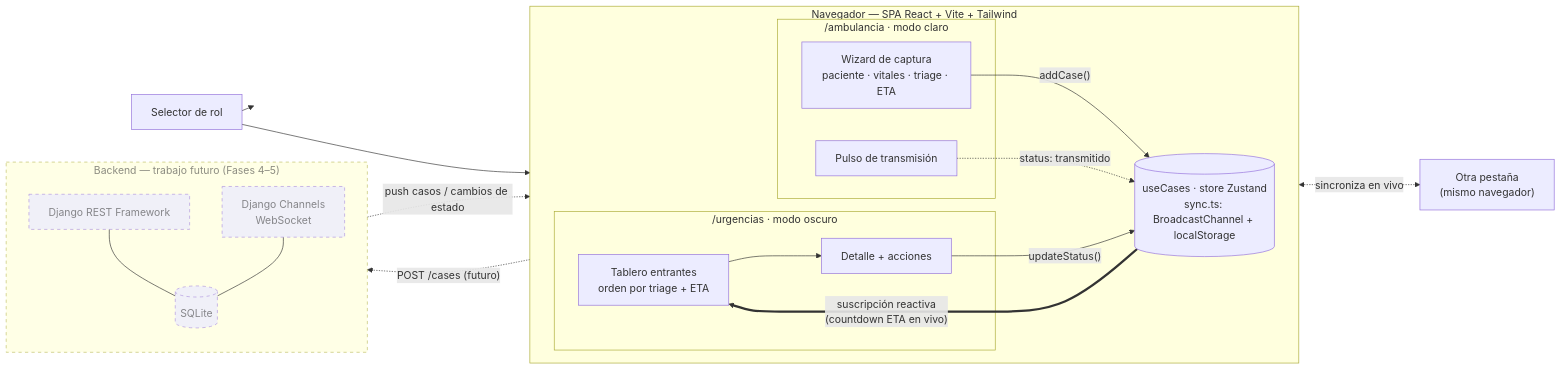
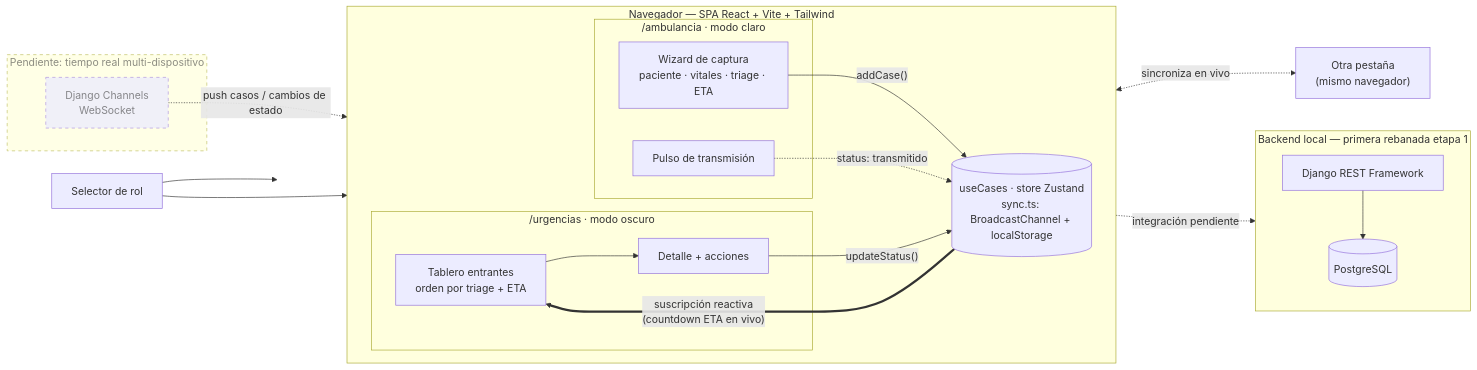
The first of 3 diagrams in README.md (pasaldo/ambusync), drawn with Mermaid before and after one commit. The commit also changed other lines of this file and 81 other files, not shown here.

````diff
--- a/README.md
+++ b/README.md
@@ -126,43 +132,45 @@
 ```mermaid
 flowchart LR
     RS["Selector de rol"]
 
     subgraph Browser["Navegador — SPA React + Vite + Tailwind"]
         direction LR
         subgraph Amb["/ambulancia · modo claro"]
             W["Wizard de captura<br/>paciente · vitales · triage · ETA"]
             T["Pulso de transmisión"]
         end
         Store[("useCases · store Zustand<br/>sync.ts: BroadcastChannel + localStorage")]
         subgraph ER["/urgencias · modo oscuro"]
             B["Tablero entrantes<br/>orden por triage + ETA"]
             D["Detalle + acciones"]
         end
     end
 
     Tab2["Otra pestaña<br/>(mismo navegador)"]
 
     RS --> Amb
     RS --> ER
     W -->|"addCase()"| Store
     T -.->|"status: transmitido"| Store
     Store ==>|"suscripción reactiva<br/>(countdown ETA en vivo)"| B
     B --> D
     D -->|"updateStatus()"| Store
     Store <-.->|"sincroniza en vivo"| Tab2
 
-    subgraph Future["Backend — trabajo futuro (Fases 4–5)"]
+    subgraph Backend["Backend local — primera rebanada etapa 1"]
         direction TB
         API["Django REST Framework"]
-        WS["Django Channels<br/>WebSocket"]
-        DB[("SQLite")]
-        API --- DB
-        WS --- DB
+        DB[("PostgreSQL")]
+        API --> DB
     end
 
-    Store -.->|"POST /cases (futuro)"| API
+    subgraph Future["Pendiente: tiempo real multi-dispositivo"]
+        WS["Django Channels<br/>WebSocket"]
+    end
+
+    Store -.->|"integración pendiente"| API
     WS -.->|"push casos / cambios de estado"| Store
 
     classDef future stroke-dasharray:5 5,opacity:0.75;
-    class Future,API,WS,DB future;
+    class Future,WS future;
 ```
````
